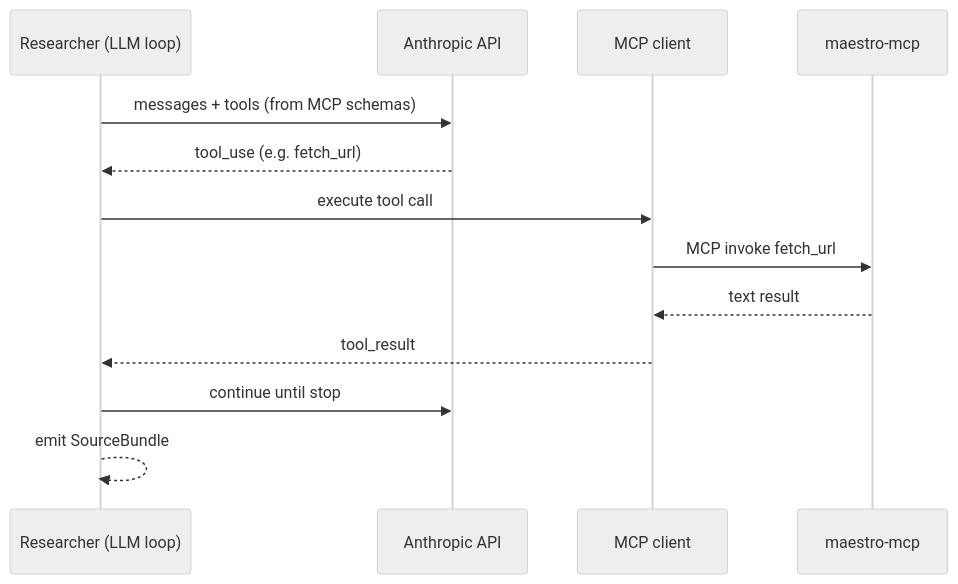
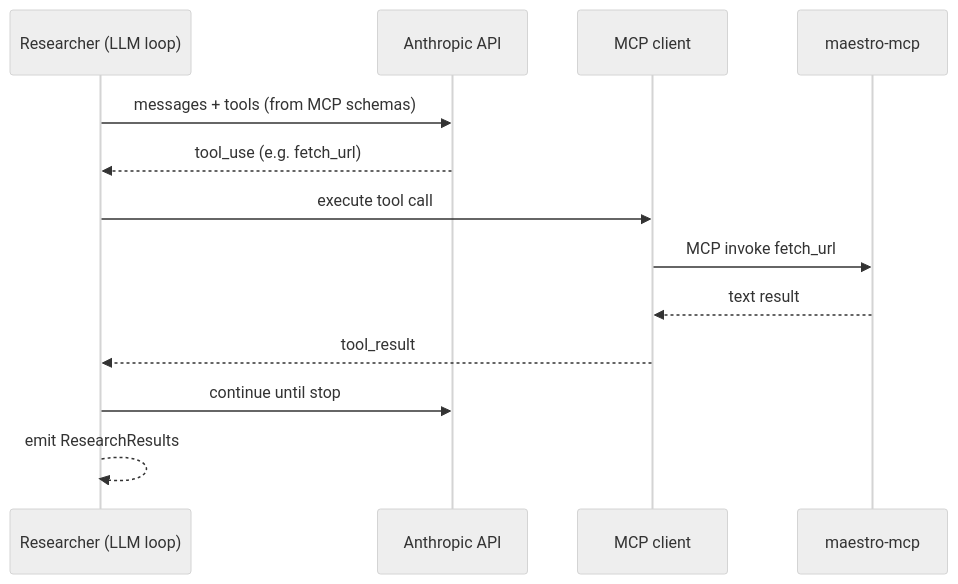
The second of 4 diagrams in DESIGN.md (lyoness1/agent-orchestration-mcp), drawn with Mermaid (neutral theme) before and after one commit. The commit also changed other lines of this file and 12 other files, not shown here.

First line of the commit message:
Add Researcher agent with Anthropic tool-use loop and ResearchResults models (#6)

````diff
--- a/DESIGN.md
+++ b/DESIGN.md
@@ -97,16 +97,16 @@
 ```mermaid
 sequenceDiagram
     participant R as Researcher (LLM loop)
     participant API as Anthropic API
     participant MC as MCP client
     participant S as maestro-mcp
 
     R->>API: messages + tools (from MCP schemas)
     API-->>R: tool_use (e.g. fetch_url)
     R->>MC: execute tool call
     MC->>S: MCP invoke fetch_url
     S-->>MC: text result
     MC-->>R: tool_result
     R->>API: continue until stop
-    R-->>R: emit SourceBundle
+    R-->>R: emit ResearchResults
 ```
````
